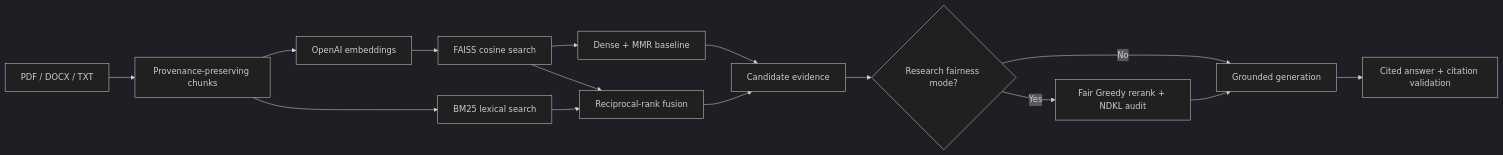
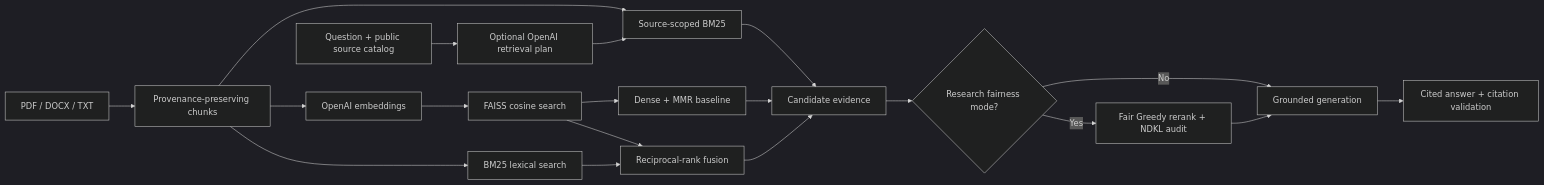
The diagram in readme.md (WeiHanTu/LLM-powered-QA-App), drawn with Mermaid (dark theme) before and after one commit. The commit also changed other lines of this file and 17 other files, not shown here.

Commit message:
Add source-aware multi-hop retrieval

````diff
--- a/readme.md
+++ b/readme.md
@@ -33,17 +34,21 @@
 ```mermaid
 flowchart LR
     D["PDF / DOCX / TXT"] --> C["Provenance-preserving chunks"]
     C --> E["OpenAI embeddings"]
     E --> F["FAISS cosine search"]
     C --> B["BM25 lexical search"]
+    C --> S["Source-scoped BM25"]
+    U["Question + public source catalog"] --> O["Optional OpenAI retrieval plan"]
+    O --> S
     F --> M["Dense + MMR baseline"]
     F --> R["Reciprocal-rank fusion"]
     B --> R
+    S --> P
     M --> P["Candidate evidence"]
     R --> P
     P --> Q{"Research fairness mode?"}
     Q -- No --> G["Grounded generation"]
     Q -- Yes --> A["Fair Greedy rerank + NDKL audit"]
     A --> G
     G --> V["Cited answer + citation validation"]
 ```
````
